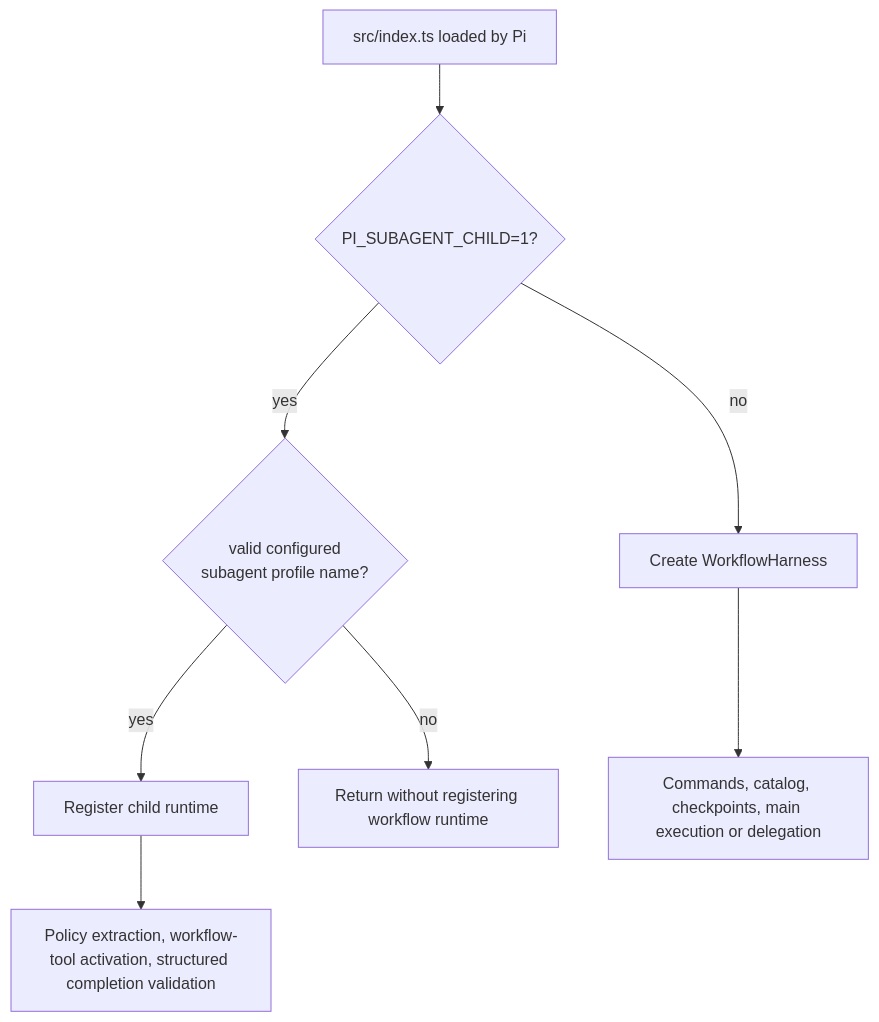
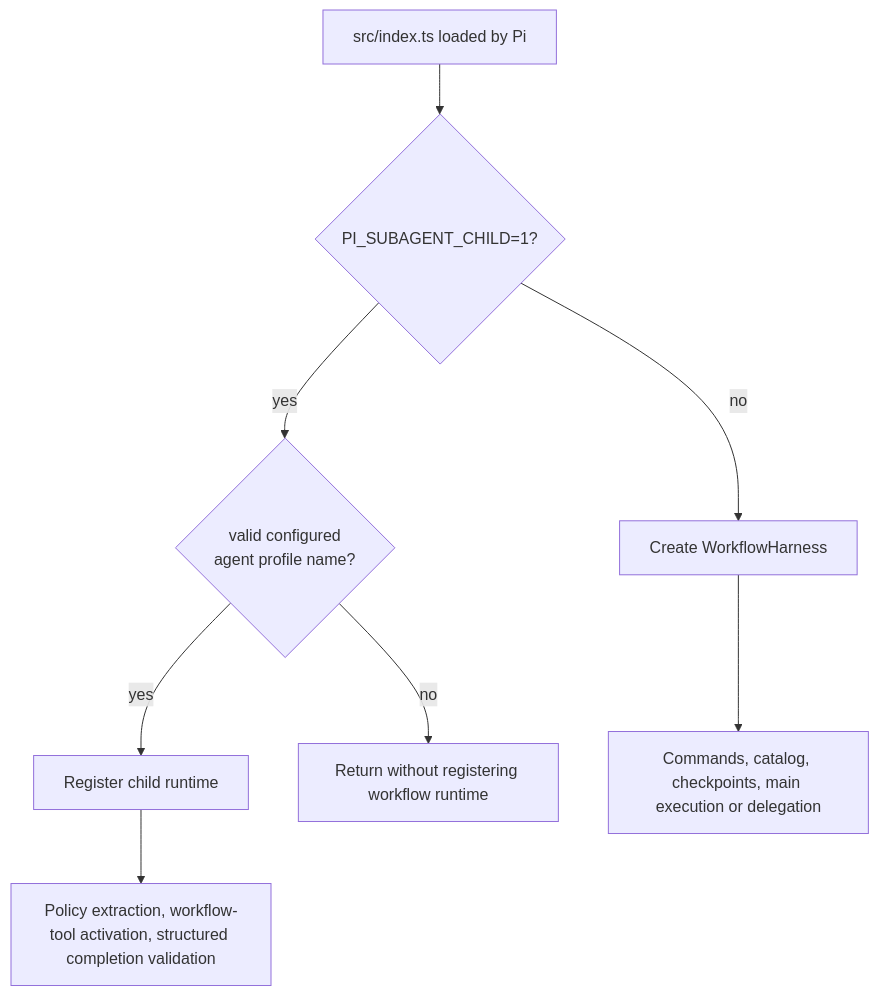
Before and after one commit to wichayutdew/pi-workflows: the second of 5 diagrams in openwiki/architecture/overview.md, drawn with Mermaid. The commit also changed other lines of this file and 16 other files, not shown here.

````diff
--- a/openwiki/architecture/overview.md
+++ b/openwiki/architecture/overview.md
@@ -78,12 +79,12 @@
 ```mermaid
 flowchart TD
   Start[src/index.ts loaded by Pi]
   Start --> ChildEnv{PI_SUBAGENT_CHILD=1?}
   ChildEnv -- no --> Parent[Create WorkflowHarness]
-  ChildEnv -- yes --> NameOk{valid configured<br/>subagent profile name?}
+  ChildEnv -- yes --> NameOk{valid configured<br/>agent profile name?}
   NameOk -- yes --> Child[Register child runtime]
   NameOk -- no --> Noop[Return without registering workflow runtime]
 
   Parent --> ParentWork[Commands, catalog, checkpoints, main execution or delegation]
   Child --> ChildWork[Policy extraction, workflow-tool activation, structured completion validation]
 ```
````
